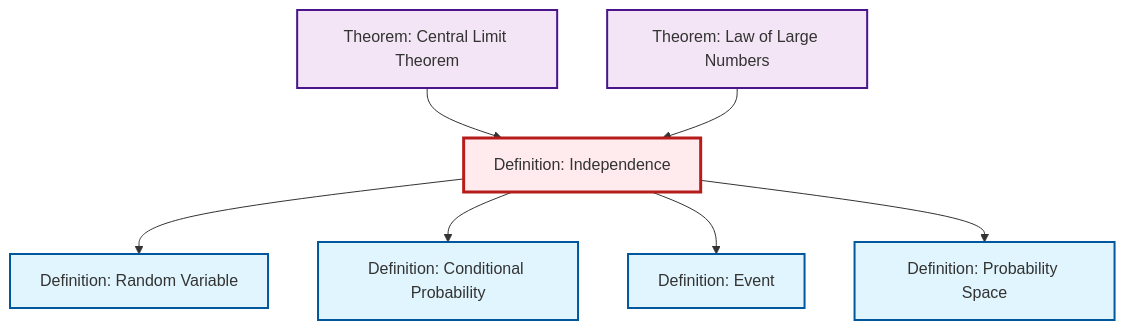
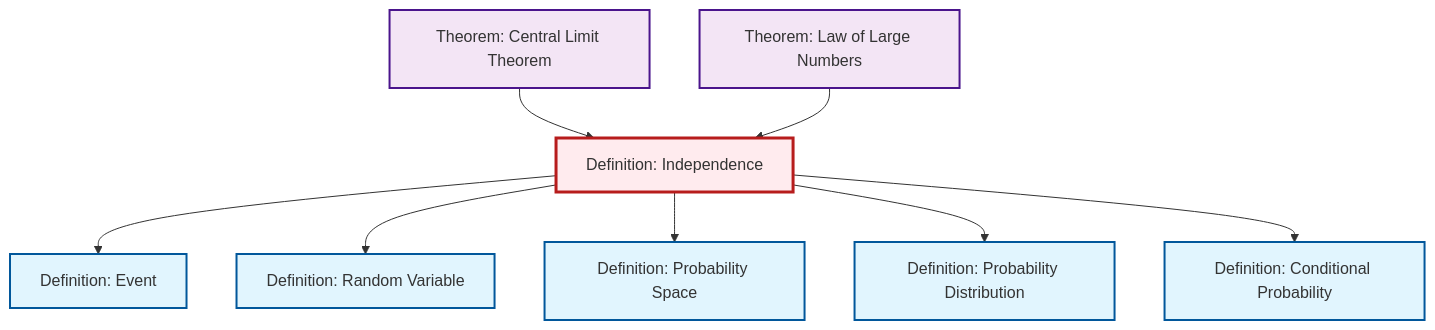
The diagram in content/en/probability-statistics/def-independence.qmd (RK0429/ModernMath), drawn with Mermaid before and after one commit. The commit also changed 634 other files, not shown here.

````diff
--- a/content/en/probability-statistics/def-independence.qmd
+++ b/content/en/probability-statistics/def-independence.qmd
@@ -114,29 +114,32 @@
 ```{mermaid}
 %%| fig-cap: "Local dependency graph"
 graph TD
     classDef definition fill:#e1f5fe,stroke:#01579b,stroke-width:2px
     classDef theorem fill:#f3e5f5,stroke:#4a148c,stroke-width:2px
     classDef axiom fill:#fff3e0,stroke:#e65100,stroke-width:2px
     classDef example fill:#e8f5e9,stroke:#1b5e20,stroke-width:2px
     classDef current fill:#ffebee,stroke:#b71c1c,stroke-width:3px
-    thm-central-limit["Theorem: Central Limit Theorem"]:::theorem
-    def-event["Definition: Event"]:::definition
-    thm-law-of-large-numbers["Theorem: Law of Large Numbers"]:::theorem
-    def-probability-space["Definition: Probability Space"]:::definition
-    def-random-variable["Definition: Random Variable"]:::definition
     def-independence["Definition: Independence"]:::definition
     def-conditional-probability["Definition: Conditional Probability"]:::definition
+    def-event["Definition: Event"]:::definition
+    def-probability-space["Definition: Probability Space"]:::definition
+    thm-central-limit["Theorem: Central Limit Theorem"]:::theorem
+    def-probability-distribution["Definition: Probability Distribution"]:::definition
+    thm-law-of-large-numbers["Theorem: Law of Large Numbers"]:::theorem
+    def-random-variable["Definition: Random Variable"]:::definition
+    def-independence --> def-event
+    def-independence --> def-random-variable
+    def-independence --> def-probability-space
     thm-central-limit --> def-independence
-    def-independence --> def-random-variable
+    thm-law-of-large-numbers --> def-independence
+    def-independence --> def-probability-distribution
     def-independence --> def-conditional-probability
-    def-independence --> def-event
-    thm-law-of-large-numbers --> def-independence
-    def-independence --> def-probability-space
     class def-independence current
+    click def-conditional-probability "def-conditional-probability.html" "Go to Conditional Probability definition"
+    click def-event "def-event.html" "Go to Event definition"
+    click def-probability-space "def-probability-space.html" "Go to Probability Space definition"
     click thm-central-limit "thm-central-limit.html" "Go to Central Limit Theorem theorem"
-    click def-event "def-event.html" "Go to Event definition"
+    click def-probability-distribution "def-probability-distribution.html" "Go to Probability Distribution definition"
     click thm-law-of-large-numbers "thm-law-of-large-numbers.html" "Go to Law of Large Numbers theorem"
-    click def-probability-space "def-probability-space.html" "Go to Probability Space definition"
     click def-random-variable "def-random-variable.html" "Go to Random Variable definition"
-    click def-conditional-probability "def-conditional-probability.html" "Go to Conditional Probability definition"
 ```
````
